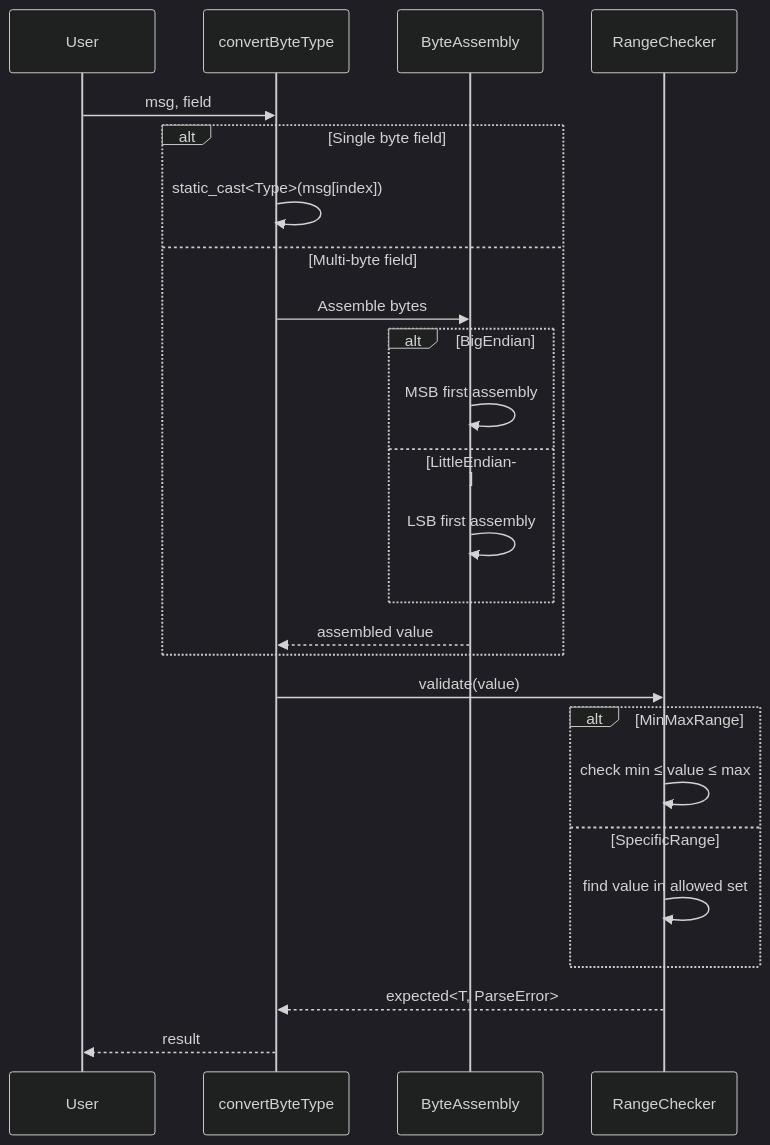
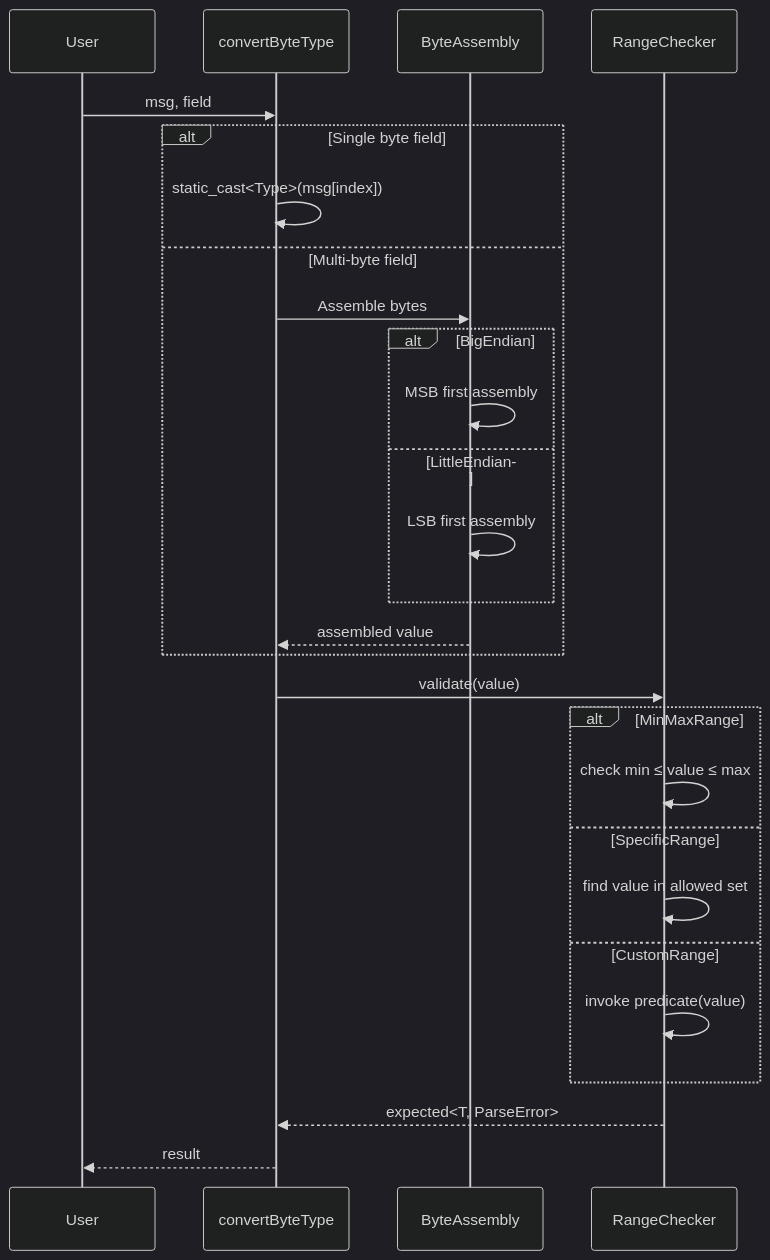
One commit to StephanKa/TypeSafeMessageParser changed the third of 8 diagrams in docs/architecture.rst. Above: the diagram before and after it, drawn with Mermaid (dark theme). The commit also changed other lines of this file and 6 other files, not shown here.

```diff
--- a/docs/architecture.rst
+++ b/docs/architecture.rst
@@ -110,28 +201,30 @@
 .. mermaid::
 
    sequenceDiagram
        participant User
        participant convertByteType
        participant ByteAssembly
        participant RangeChecker
 
        User->>convertByteType: msg, field
        alt Single byte field
            convertByteType->>convertByteType: static_cast<Type>(msg[index])
        else Multi-byte field
            convertByteType->>ByteAssembly: Assemble bytes
            alt BigEndian
                ByteAssembly->>ByteAssembly: MSB first assembly
            else LittleEndian
                ByteAssembly->>ByteAssembly: LSB first assembly
            end
            ByteAssembly-->>convertByteType: assembled value
        end
        convertByteType->>RangeChecker: validate(value)
        alt MinMaxRange
            RangeChecker->>RangeChecker: check min ≤ value ≤ max
        else SpecificRange
            RangeChecker->>RangeChecker: find value in allowed set
+       else CustomRange
+           RangeChecker->>RangeChecker: invoke predicate(value)
        end
        RangeChecker-->>convertByteType: expected<T, ParseError>
        convertByteType-->>User: result
```
